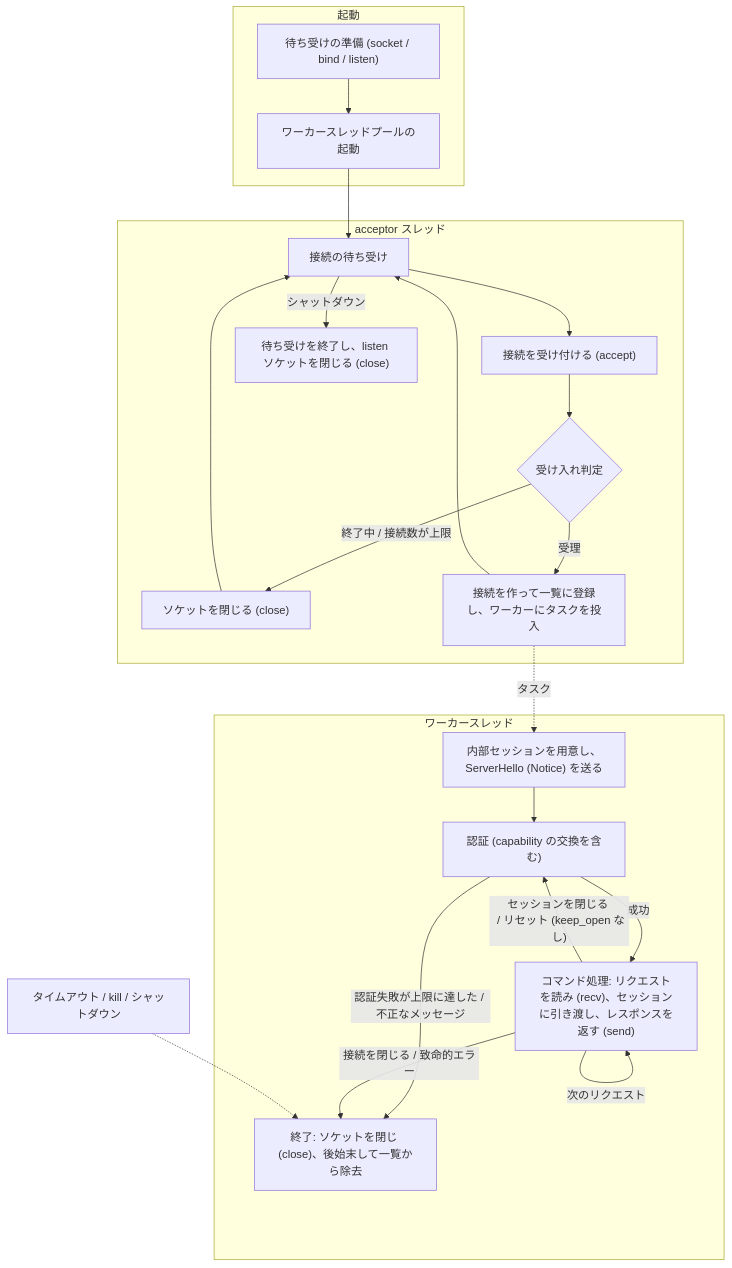
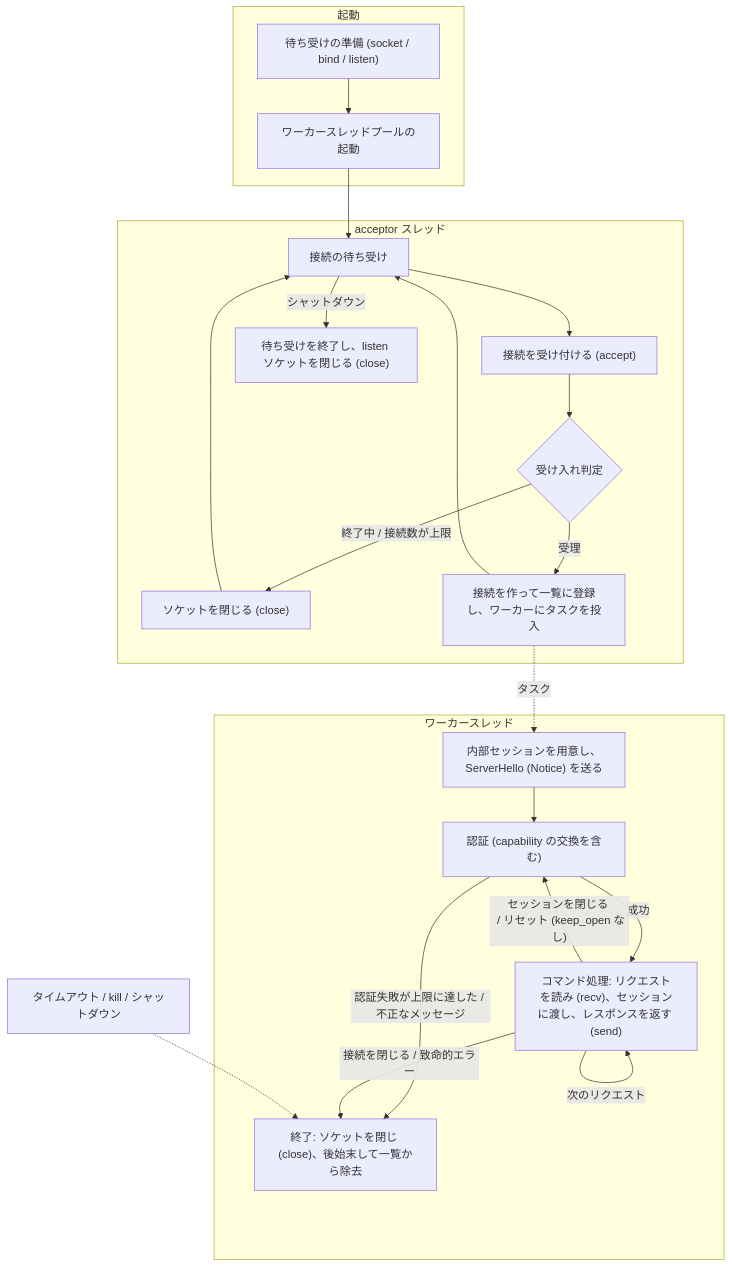
The third of 4 diagrams in docs/specification/connection/connection_handler.md (ren-yamanashi/minesql), drawn with Mermaid before and after one commit. The commit also changed other lines of this file, not shown here.

````diff
--- a/docs/specification/connection/connection_handler.md
+++ b/docs/specification/connection/connection_handler.md
@@ -99,26 +99,26 @@
 ```mermaid
 flowchart TD
     subgraph startup ["起動"]
         S1["待ち受けの準備 (socket / bind / listen)"] --> S2["ワーカースレッドプールの起動"]
     end
     subgraph acceptor ["acceptor スレッド"]
         A1["接続の待ち受け"] --> A2["接続を受け付ける (accept)"]
         A2 --> A3{"受け入れ判定"}
         A3 -- "終了中 / 接続数が上限" --> A4["ソケットを閉じる (close)"]
         A3 -- "受理" --> A5["接続を作って一覧に登録し、ワーカーにタスクを投入"]
         A4 --> A1
         A5 --> A1
         A1 -- "シャットダウン" --> A6["待ち受けを終了し、listen ソケットを閉じる (close)"]
     end
     subgraph worker ["ワーカースレッド"]
         W1["内部セッションを用意し、ServerHello (Notice) を送る"] --> W2["認証 (capability の交換を含む)"]
-        W2 -- "成功" --> W3["コマンド処理: リクエストを読み (recv)、セッションに引き渡し、レスポンスを返す (send)"]
+        W2 -- "成功" --> W3["コマンド処理: リクエストを読み (recv)、セッションに渡し、レスポンスを返す (send)"]
         W3 -- "次のリクエスト" --> W3
         W3 -- "セッションを閉じる <br /> / リセット (keep_open なし)" --> W2
         W2 -- "認証失敗が上限に達した / 不正なメッセージ" --> W4["終了: ソケットを閉じ (close)、後始末して一覧から除去"]
         W3 -- "接続を閉じる / 致命的エラー" --> W4
     end
     S2 --> A1
     A5 -. "タスク" .-> W1
     X["タイムアウト / kill / シャットダウン"] -.-> W4
 ```
````
